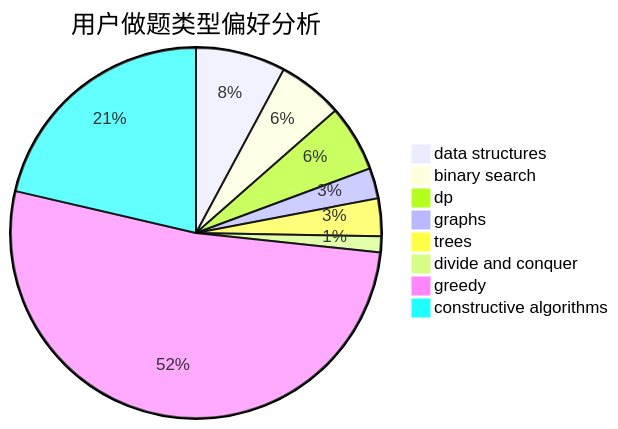
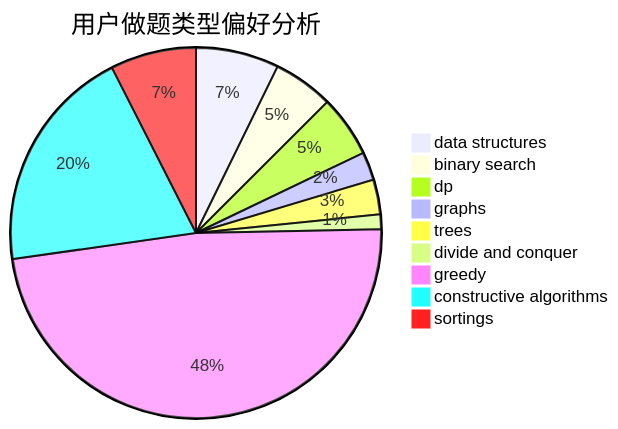
Before and after one commit to sherpahu/cfrs.github.io: the second of 3 diagrams in docs/user/u122.md, drawn with Mermaid. The commit also changed other lines of this file and 2769 other files, not shown here.

````diff
--- a/docs/user/u122.md
+++ b/docs/user/u122.md
@@ -23,11 +18,12 @@
 ```mermaid
 pie title 用户做题类型偏好分析
     "data structures" :  62
     "binary search" :  45
     "dp" :  46
     "graphs" :  21
     "trees" :  26
     "divide and conquer" :  11
     "greedy" :  411
     "constructive algorithms" :  169
+    "sortings" :  64
 ```
````
